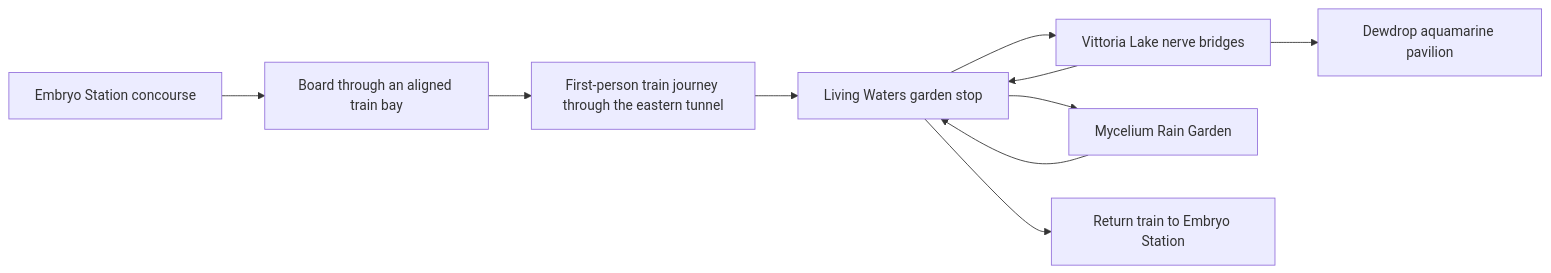
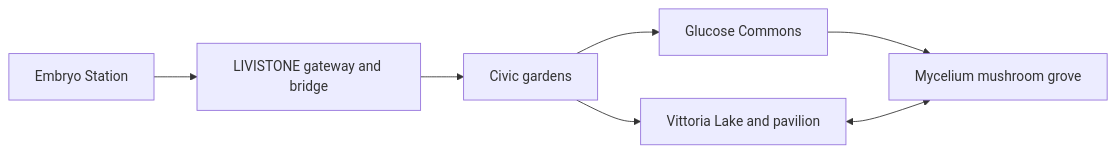
One commit to GlucoseDAO/livistone changed the second of 2 diagrams in docs/3d-game-plan.md. Above: the diagram before and after it, drawn with Mermaid. The commit also changed other lines of this file and 36 other files, not shown here.

Commit message:
Integrate town gardens and consolidate the arrival station

````diff
--- a/docs/3d-game-plan.md
+++ b/docs/3d-game-plan.md
@@ -157,12 +159,9 @@
 ```mermaid
 flowchart LR
-    A[Embryo Station concourse] --> B[Board through an aligned train bay]
-    B --> C[First-person train journey through the eastern tunnel]
-    C --> D[Living Waters garden stop]
-    D --> E[Vittoria Lake nerve bridges]
-    D --> F[Mycelium Rain Garden]
-    E --> G[Dewdrop aquamarine pavilion]
-    E --> D
-    F --> D
-    D --> H[Return train to Embryo Station]
+    A[Embryo Station] --> B[LIVISTONE gateway and bridge]
+    B --> C[Civic gardens]
+    C --> D[Vittoria Lake and pavilion]
+    C --> E[Glucose Commons]
+    E --> F[Mycelium mushroom grove]
+    D <--> F
 ```
````
